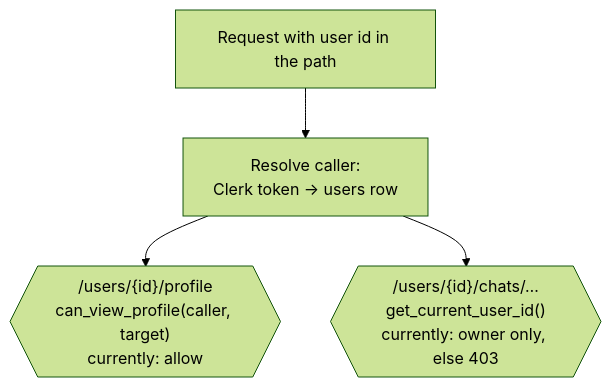
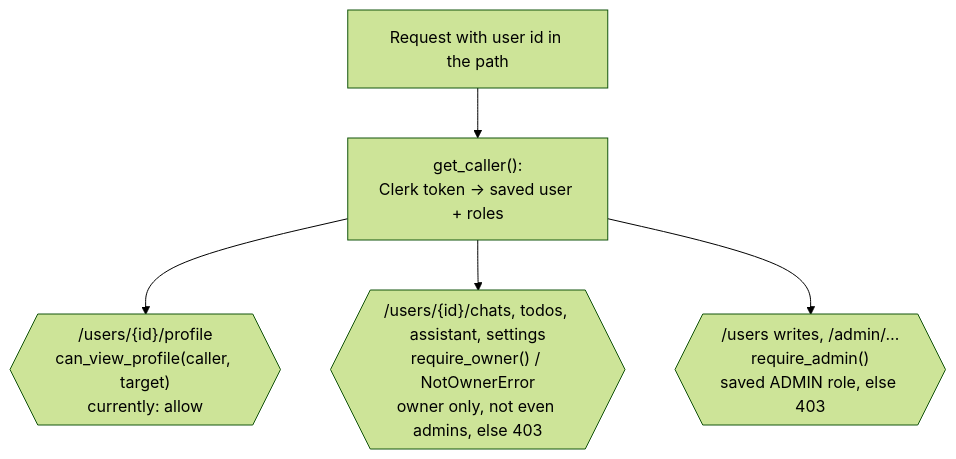
Before and after one commit to wilferraciolli/PythonTutorials: the fifth of 6 diagrams in Tutorials/fastapi-ai/docs/architecture.md, drawn with Mermaid (forest theme). The commit also changed other lines of this file and 236 other files, not shown here.

````diff
--- a/Tutorials/fastapi-ai/docs/architecture.md
+++ b/Tutorials/fastapi-ai/docs/architecture.md
@@ -98,6 +108,7 @@
 ```mermaid
 flowchart TD
-    Req[Request with user id in the path] --> Caller[Resolve caller:<br/>Clerk token → users row]
+    Req[Request with user id in the path] --> Caller["get_caller():<br/>Clerk token → saved user + roles"]
     Caller --> Profile{{"/users/{id}/profile<br/>can_view_profile(caller, target)<br/>currently: allow"}}
-    Caller --> Chats{{"/users/{id}/chats/…<br/>get_current_user_id()<br/>currently: owner only, else 403"}}
+    Caller --> Chats{{"/users/{id}/chats, todos, assistant, settings<br/>require_owner() / NotOwnerError<br/>owner only, not even admins, else 403"}}
+    Caller --> Admin{{"/users writes, /admin/…<br/>require_admin()<br/>saved ADMIN role, else 403"}}
 ```
````
